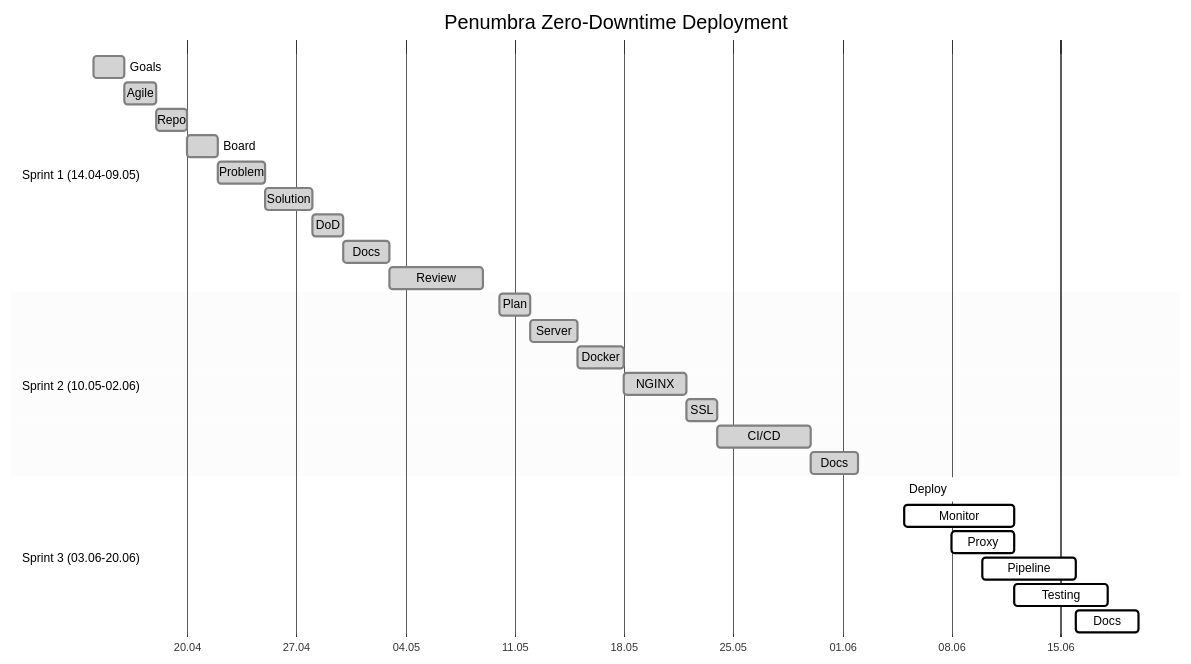
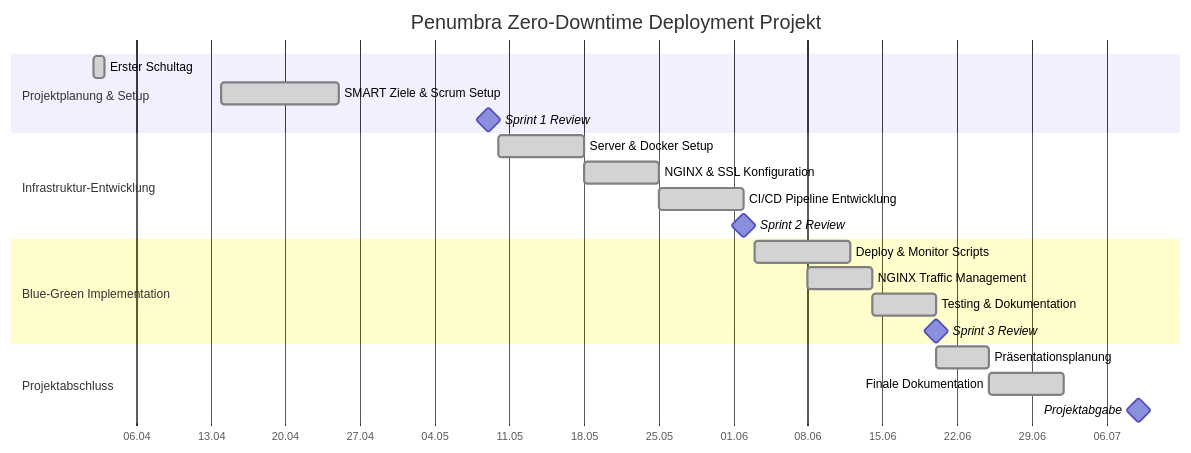
One commit to JumpiiX/tbz-zerodowntime-deployment-project changed the diagram in README.md. Above: the diagram before and after it, drawn with Mermaid. The commit also changed other lines of this file, not shown here.

Commit message:
doku sprint 3 updated

````diff
--- a/README.md
+++ b/README.md
@@ -80,53 +80,49 @@
 ```mermaid
 %%{init: {
   'theme': 'base',
   'themeVariables': {
-    'primaryColor': '#ffffff',
-    'primaryTextColor': '#000000',
-    'primaryBorderColor': '#000000',
-    'lineColor': '#000000',
-    'sectionBkgColor': '#ffffff',
-    'altSectionBkgColor': '#f0f0f0',
-    'gridColor': '#000000',
-    'section0': '#ffffff',
-    'section1': '#f0f0f0',
-    'section2': '#e0e0e0',
-    'section3': '#d0d0d0',
+    'primaryColor': '#2b2b2b',
+    'primaryTextColor': '#ffffff',
+    'primaryBorderColor': '#555555',
+    'lineColor': '#888888',
+    'sectionBkgColor': '#1e1e1e',
+    'altSectionBkgColor': '#2a2a2a',
+    'gridColor': '#444444',
+    'section0': '#1e1e1e',
+    'section1': '#2a2a2a',
+    'section2': '#333333',
+    'section3': '#3a3a3a',
     'fontFamily': 'Arial, sans-serif',
-    'fontSize': '12px',
-    'fontWeight': 'bold'
+    'fontSize': '13px',
+    'fontWeight': 'bold',
+    'taskTextLightColor': '#1e1e1e' // unsichtbar machen
   }
 }}%%
 gantt
-    title Penumbra Zero-Downtime Deployment
+    title Penumbra Zero-Downtime Deployment Projekt
     dateFormat  YYYY-MM-DD
     axisFormat  %d.%m
 
-    section Sprint 1 (14.04-09.05)
-    Goals       :done, s1t1, 2025-04-14, 2025-04-16
-    Agile       :done, s1t2, 2025-04-16, 2025-04-18
-    Repo        :done, s1t3, 2025-04-18, 2025-04-20
-    Board       :done, s1t4, 2025-04-20, 2025-04-22
-    Problem     :done, s1t5, 2025-04-22, 2025-04-25
-    Solution    :done, s1t6, 2025-04-25, 2025-04-28
-    DoD         :done, s1t7, 2025-04-28, 2025-04-30
-    Docs        :done, s1t8, 2025-04-30, 2025-05-03
-    Review      :done, s1t9, 2025-05-03, 2025-05-09
+    section Projektplanung & Setup
+    Erster Schultag                     :done, dummy, 2025-04-02, 1d
+    SMART Ziele & Scrum Setup           :done, phase1, 2025-04-14, 2025-04-25
+    Sprint 1 Review                     :milestone, m1, 2025-05-09, 0d
 
-    section Sprint 2 (10.05-02.06)
-    Plan        :done, s2t1, 2025-05-10, 2025-05-12
-    Server      :done, s2t2, 2025-05-12, 2025-05-15
-    Docker        :done, s2t5, 2025-05-15, 2025-05-18
-    NGINX       :done, s2t4, 2025-05-18, 2025-05-22
-    SSL         :done, s2t5, 2025-05-22, 2025-05-24
-    CI/CD       :done, s2t6, 2025-05-24, 2025-05-30
-    Docs        :done, s2t7, 2025-05-30, 2025-06-02
+    section Infrastruktur-Entwicklung
+    Server & Docker Setup               :done, phase2, 2025-05-10, 2025-05-18
+    NGINX & SSL Konfiguration           :done, phase3, 2025-05-18, 2025-05-25
+    CI/CD Pipeline Entwicklung          :done, phase4, 2025-05-25, 2025-06-02
+    Sprint 2 Review                     :milestone, m2, 2025-06-02, 0d
 
-    section Sprint 3 (03.06-20.06)
-    Deploy      :active, s3t1, 2025-06-03, 2025-06-10
-    Monitor     :s3t2, 2025-06-05, 2025-06-12
-    Proxy       :s3t3, 2025-06-08, 2025-06-12
-    Pipeline    :s3t4, 2025-06-10, 2025-06-16
-    Testing     :s3t5, 2025-06-12, 2025-06-18
-    Docs        :s3t6, 2025-06-16, 2025-06-20
+    section Blue-Green Implementation
+    Deploy & Monitor Scripts            :done, phase5, 2025-06-03, 2025-06-12
+    NGINX Traffic Management            :done, phase6, 2025-06-08, 2025-06-14
+    Testing & Dokumentation             :done, phase7, 2025-06-14, 2025-06-20
+    Sprint 3 Review                     :milestone, m3, 2025-06-20, 0d
+
+    section Projektabschluss
+    Präsentationsplanung                :done, phase8, 2025-06-20, 2025-06-25
+    Finale Dokumentation                :done, phase9, 2025-06-25, 2025-07-02
+    Projektabgabe                       :milestone, m4, 2025-07-09, 0d
+
 ```
````
